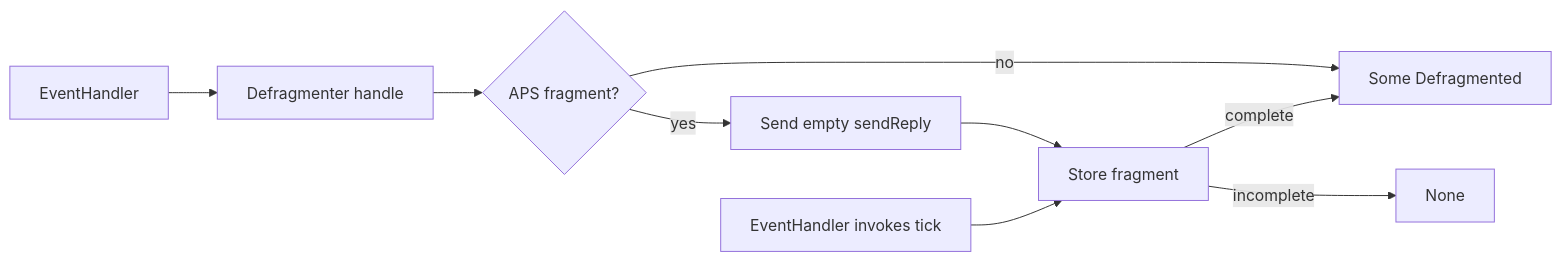
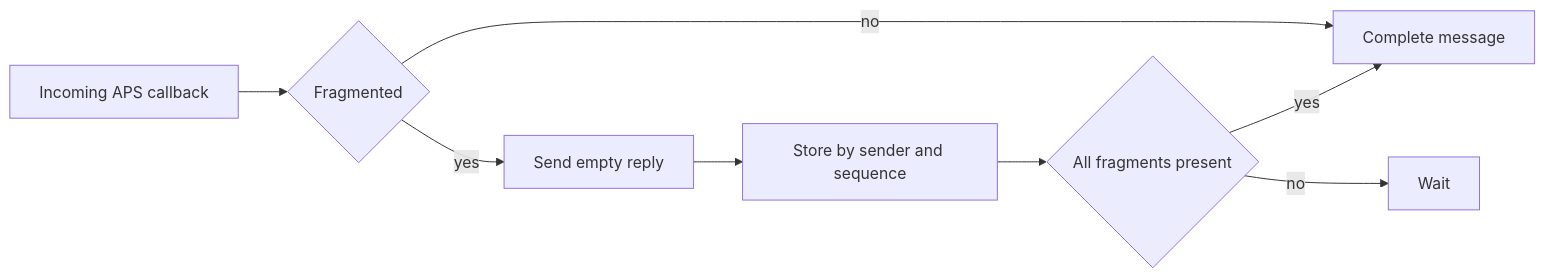
Before and after one commit to PaulmannLighting/ezsp: the fifth of 7 diagrams in ARCHITECTURE.md, drawn with Mermaid. The commit also changed other lines of this file and 37 other files, not shown here.

````diff
--- a/ARCHITECTURE.md
+++ b/ARCHITECTURE.md
@@ -238,11 +276,10 @@
 ```mermaid
 flowchart LR
-    eventHandler[EventHandler] --> handle[Defragmenter handle]
-    handle --> fragment{APS fragment?}
-    fragment -- no --> complete[Some Defragmented]
-    fragment -- yes --> reply[Send empty sendReply]
-    reply --> reassemble[Store fragment]
-    reassemble -- incomplete --> pending[None]
-    reassemble -- complete --> complete
-    tick[EventHandler invokes tick] --> reassemble
+    incoming[Incoming APS callback] --> fragmented{Fragmented}
+    fragmented -- no --> event[Complete message]
+    fragmented -- yes --> reply[Send empty reply]
+    reply --> store[Store by sender and sequence]
+    store --> complete{All fragments present}
+    complete -- no --> pending[Wait]
+    complete -- yes --> event
 ```
````
